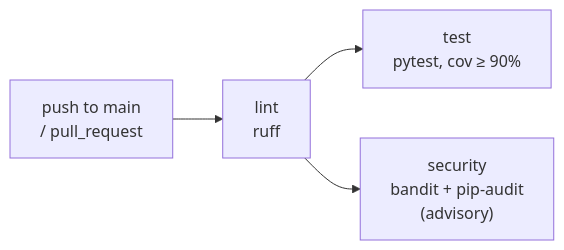
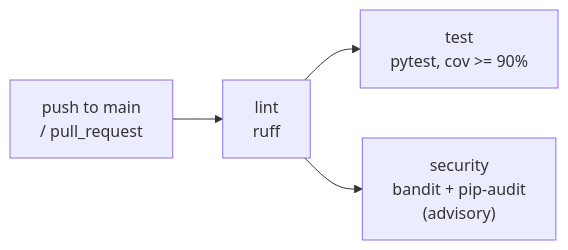
Before and after one commit to mwill20/HealthTrack-_API_AV: the third of 3 diagrams in docs/ARCHITECTURE.md, drawn with Mermaid.

Commit message:
docs: fix Mermaid CI label (>= instead of HTML entity)

````diff
--- a/docs/ARCHITECTURE.md
+++ b/docs/ARCHITECTURE.md
@@ -77,6 +77,6 @@
 ```mermaid
 flowchart LR
     trig["push to main<br/>/ pull_request"] --> lint["lint<br/>ruff"]
-    lint --> test["test<br/>pytest, cov &ge; 90%"]
+    lint --> test["test<br/>pytest, cov >= 90%"]
     lint --> sec["security<br/>bandit + pip-audit<br/>(advisory)"]
 ```
````
